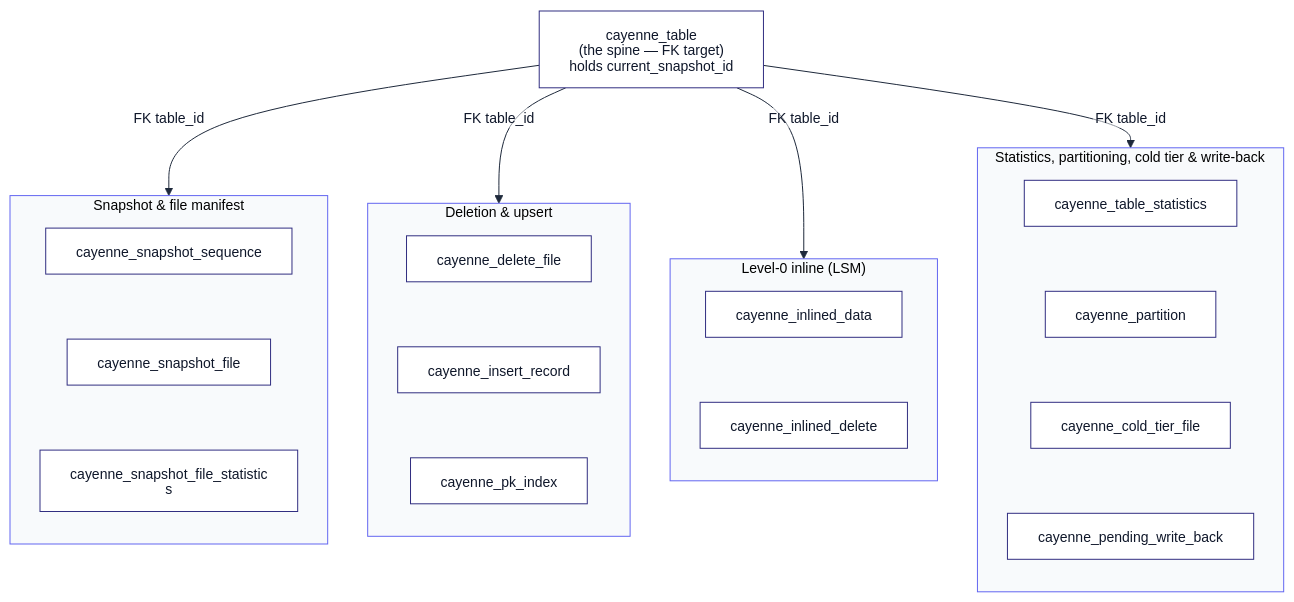
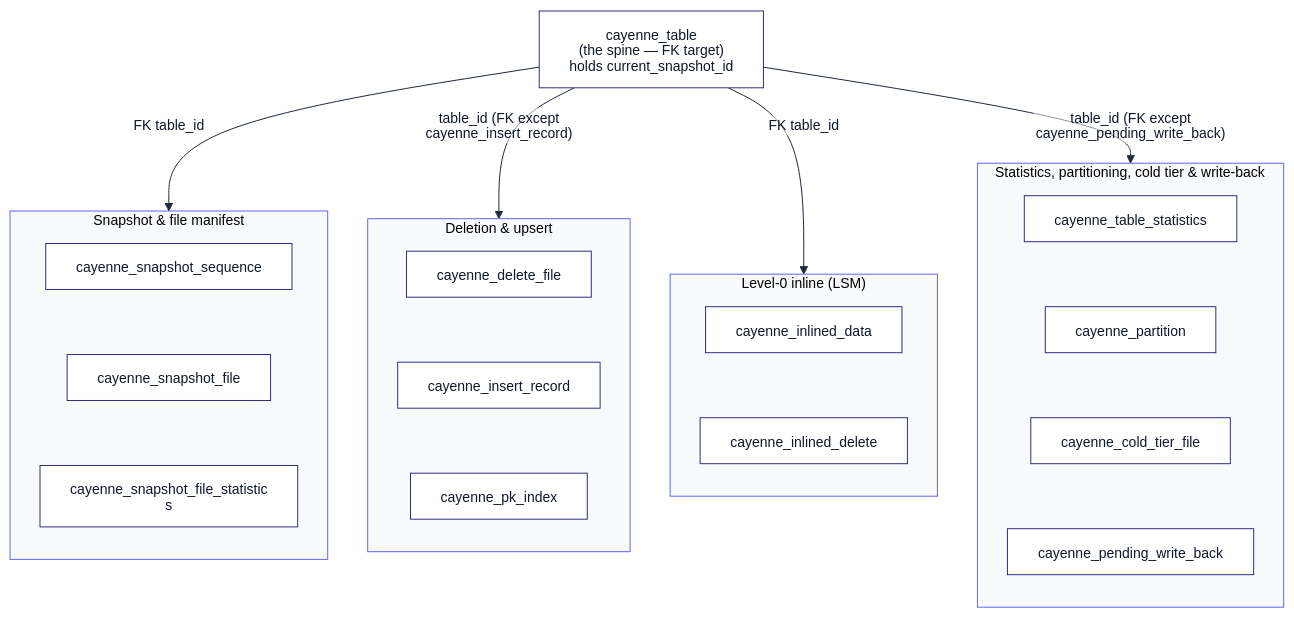
Diagram 22 of 22 in docs/cayenne/cayenne.md (spiceai/spiceai), drawn with Mermaid before and after one commit. The commit also changed other lines of this file and 3 other files, not shown here.

````diff
--- a/docs/cayenne/cayenne.md
+++ b/docs/cayenne/cayenne.md
@@ -1276,37 +1347,37 @@
 ```mermaid
 %%{init: {"htmlLabels": false, "flowchart": {"htmlLabels": false, "curve": "basis", "nodeSpacing": 40, "rankSpacing": 40}, "securityLevel": "loose", "theme": "base", "themeVariables": {"fontFamily": "Helvetica, Arial, sans-serif", "fontSize": "14px", "primaryColor": "#ffffff", "primaryBorderColor": "#312e81", "primaryTextColor": "#0f172a", "lineColor": "#1e293b", "clusterBkg": "#f8fafc", "clusterBorder": "#6366f1"}}}%%
 flowchart TB
     HUB["cayenne_table<br/>(the spine — FK target)<br/>holds current_snapshot_id"]
     subgraph SNAP["Snapshot &amp; file manifest"]
         direction TB
         SS["cayenne_snapshot_sequence"]
         SF["cayenne_snapshot_file"]
         SFS["cayenne_snapshot_file_statistics"]
         SS ~~~ SF ~~~ SFS
     end
     subgraph DEL["Deletion &amp; upsert"]
         direction TB
         DF["cayenne_delete_file"]
         IR["cayenne_insert_record"]
         PK["cayenne_pk_index"]
         DF ~~~ IR ~~~ PK
     end
     subgraph L0["Level-0 inline (LSM)"]
         direction TB
         ID["cayenne_inlined_data"]
         IDD["cayenne_inlined_delete"]
         ID ~~~ IDD
     end
     subgraph MISC["Statistics, partitioning, cold tier &amp; write-back"]
         direction TB
         TS["cayenne_table_statistics"]
         PT["cayenne_partition"]
         CT["cayenne_cold_tier_file"]
         WB["cayenne_pending_write_back"]
         TS ~~~ PT ~~~ CT ~~~ WB
     end
     HUB -->|"FK table_id"| SNAP
-    HUB -->|"FK table_id"| DEL
+    HUB -->|"table_id (FK except cayenne_insert_record)"| DEL
     HUB -->|"FK table_id"| L0
-    HUB -->|"FK table_id"| MISC
+    HUB -->|"table_id (FK except cayenne_pending_write_back)"| MISC
 ```
````
